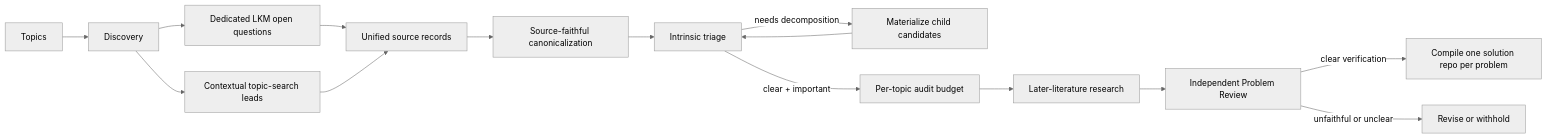
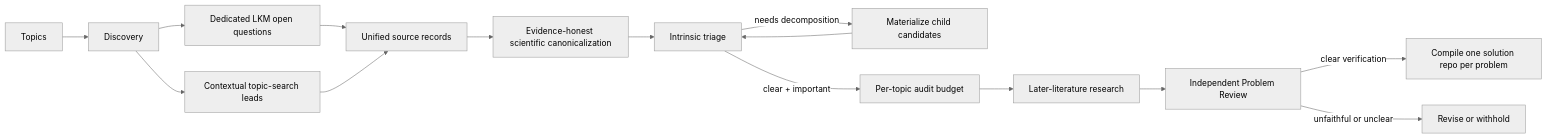
The diagram in docs/discovery-pipeline.md (kunyuan/open-research-discovery), drawn with Mermaid (neutral theme) before and after one commit. The commit also changed other lines of this file and 15 other files, not shown here.

Commit message:
Allow evidence-honest problem generalization

````diff
--- a/docs/discovery-pipeline.md
+++ b/docs/discovery-pipeline.md
@@ -8,17 +8,17 @@
 ```mermaid
 flowchart LR
     T["Topics"] --> D["Discovery"]
     D --> L["Dedicated LKM open questions"]
     D --> Q["Contextual topic-search leads"]
     L --> U["Unified source records"]
     Q --> U
-    U --> C["Source-faithful canonicalization"]
+    U --> C["Evidence-honest scientific canonicalization"]
     C --> I["Intrinsic triage"]
     I -->|"needs decomposition"| S["Materialize child candidates"]
     S --> I
     I -->|"clear + important"| B["Per-topic audit budget"]
     B --> R["Later-literature research"]
     R --> V["Independent Problem Review"]
     V -->|"clear verification"| G["Compile one solution repo per problem"]
     V -->|"unfaithful or unclear"| X["Revise or withhold"]
 ```
````
